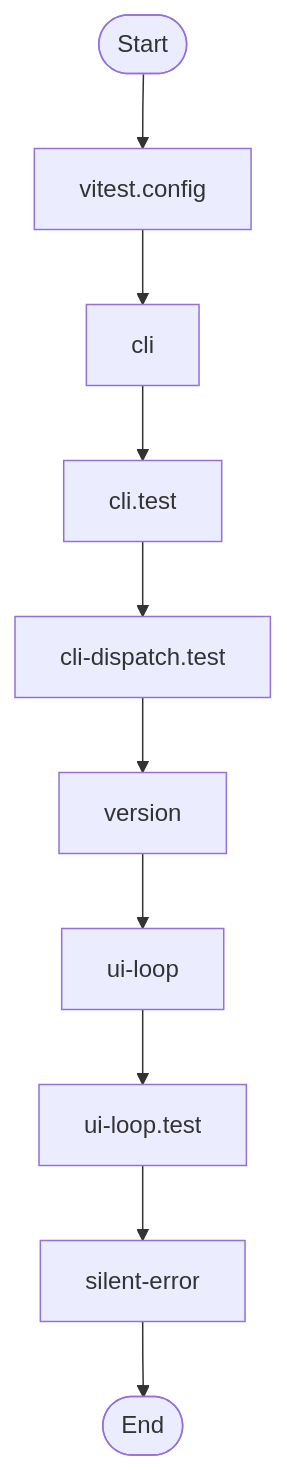
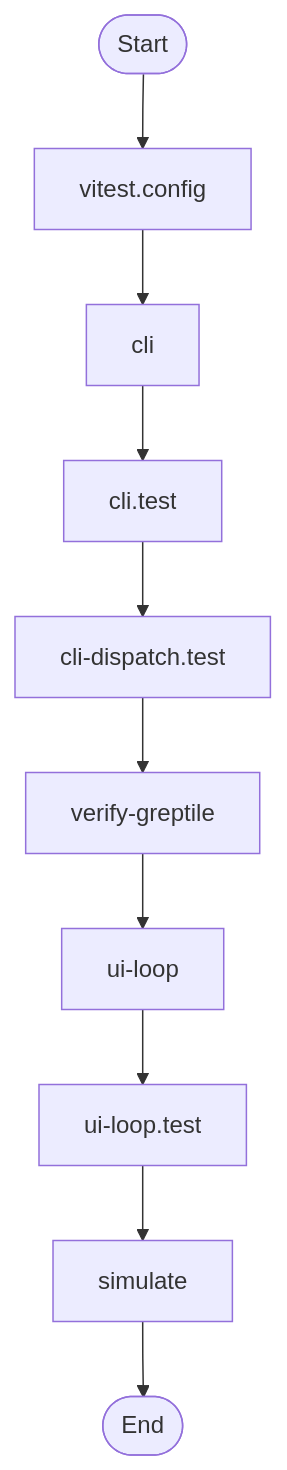
Before and after one commit to jscraik/coding-harness: the seventh of 10 diagrams in AI/context/diagram-context.md, drawn with Mermaid. The commit also changed other lines of this file and 11 other files, not shown here.

Commit message:
chore(diagrams): auto-refresh architecture diagrams

````diff
--- a/AI/context/diagram-context.md
+++ b/AI/context/diagram-context.md
@@ -375,22 +506,22 @@
 ```mermaid
 flowchart TD
   Start(["Start"])
   vitest_config_a9f1245e["vitest.config"]
   Start --> vitest_config_a9f1245e
   cli_99bb8840["cli"]
   vitest_config_a9f1245e --> cli_99bb8840
   cli_test_4851f28b["cli.test"]
   cli_99bb8840 --> cli_test_4851f28b
   cli_dispatch_test_54c9f17b["cli-dispatch.test"]
   cli_test_4851f28b --> cli_dispatch_test_54c9f17b
-  version_5ca4f385["version"]
-  cli_dispatch_test_54c9f17b --> version_5ca4f385
+  verify_greptile_227190f7["verify-greptile"]
+  cli_dispatch_test_54c9f17b --> verify_greptile_227190f7
   ui_loop_11660889["ui-loop"]
-  version_5ca4f385 --> ui_loop_11660889
+  verify_greptile_227190f7 --> ui_loop_11660889
   ui_loop_test_f0eabc42["ui-loop.test"]
   ui_loop_11660889 --> ui_loop_test_f0eabc42
-  silent_error_64e8c933["silent-error"]
-  ui_loop_test_f0eabc42 --> silent_error_64e8c933
+  simulate_b9efe395["simulate"]
+  ui_loop_test_f0eabc42 --> simulate_b9efe395
   End(["End"])
-  silent_error_64e8c933 --> End
+  simulate_b9efe395 --> End
 ```
````
